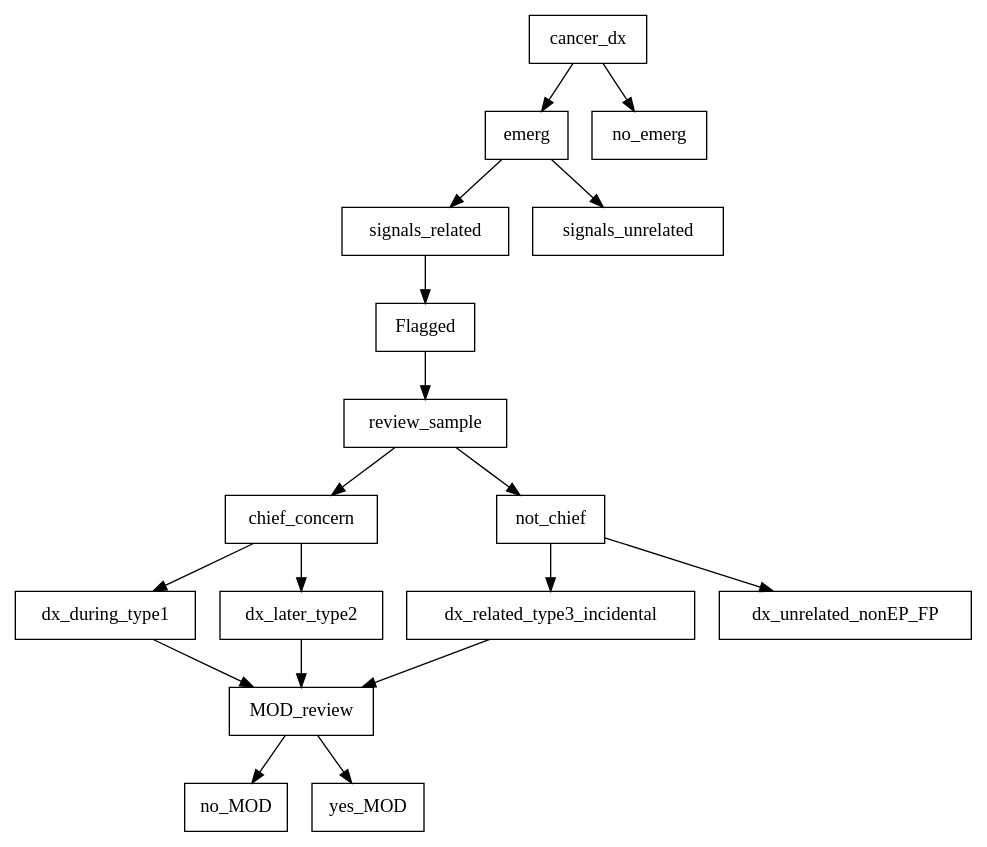
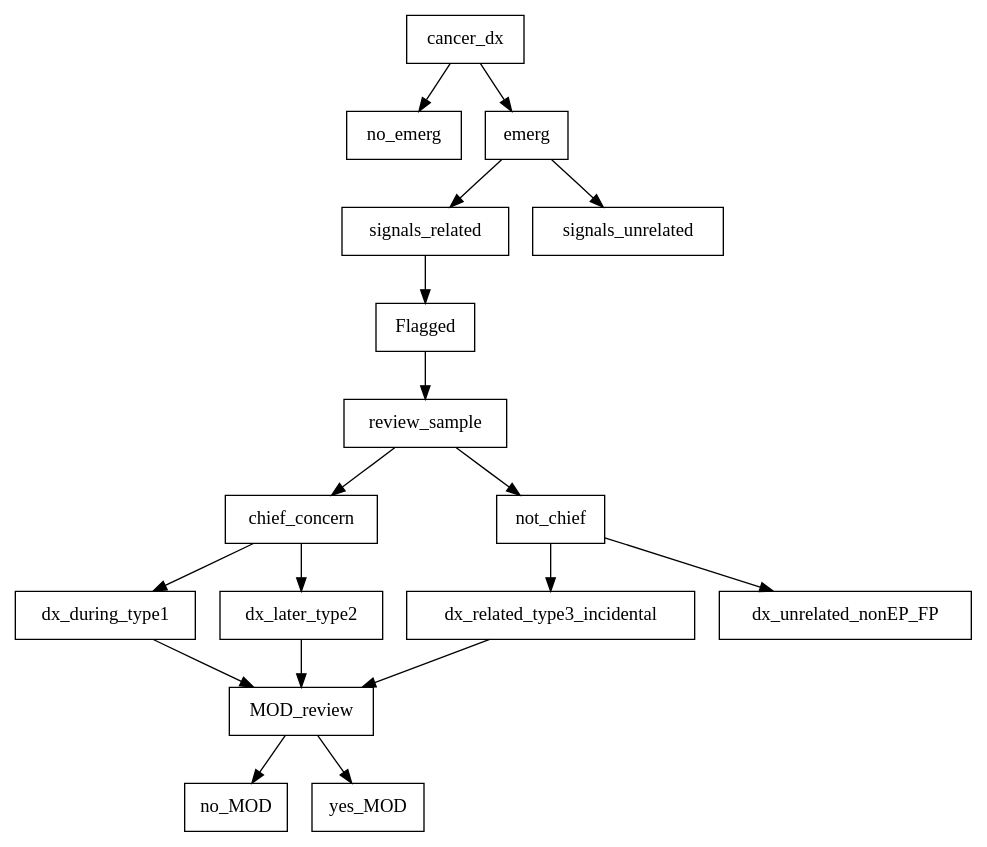
Before and after one commit to zimolzak/MooreMeasures: the diagram in consort.dot, drawn with Graphviz.

Commit message:
Put nodes in logical order

```diff
--- a/consort.dot
+++ b/consort.dot
@@ -1,45 +1,48 @@
 digraph{
 
 # Nodes
 
+cancer_dx[shape=rectangle]
+no_emerg[shape=rectangle]
+emerg[shape=rectangle]
+signals_related[shape=rectangle]
+signals_unrelated[shape=rectangle]
+
 Flagged[shape=rectangle]
-MOD_review[shape=rectangle]
-cancer_dx[shape=rectangle]
+review_sample[shape=rectangle]
 chief_concern[shape=rectangle]
+not_chief[shape=rectangle]
+
 dx_during_type1[shape=rectangle]
 dx_later_type2[shape=rectangle]
 dx_related_type3_incidental[shape=rectangle]
 dx_unrelated_nonEP_FP[shape=rectangle]
-emerg[shape=rectangle]
+
+MOD_review[shape=rectangle]
 no_MOD[shape=rectangle]
-no_emerg[shape=rectangle]
-not_chief[shape=rectangle]
-review_sample[shape=rectangle]
-signals_related[shape=rectangle]
-signals_unrelated[shape=rectangle]
 yes_MOD[shape=rectangle]
 
 # Edges
 
 cancer_dx -> no_emerg
 cancer_dx -> emerg
 emerg -> signals_unrelated
 emerg -> signals_related
 signals_related -> Flagged
 
 Flagged -> review_sample
 review_sample -> chief_concern
 review_sample -> not_chief
 chief_concern -> dx_during_type1
 chief_concern -> dx_later_type2
 not_chief -> dx_related_type3_incidental
 not_chief -> dx_unrelated_nonEP_FP
 
 dx_during_type1 -> MOD_review
 dx_later_type2 -> MOD_review
 dx_related_type3_incidental -> MOD_review
 
 MOD_review -> yes_MOD
 MOD_review -> no_MOD
 
 }
```
